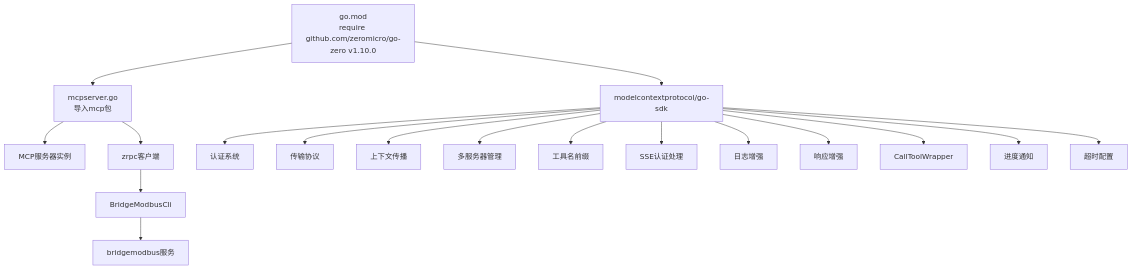
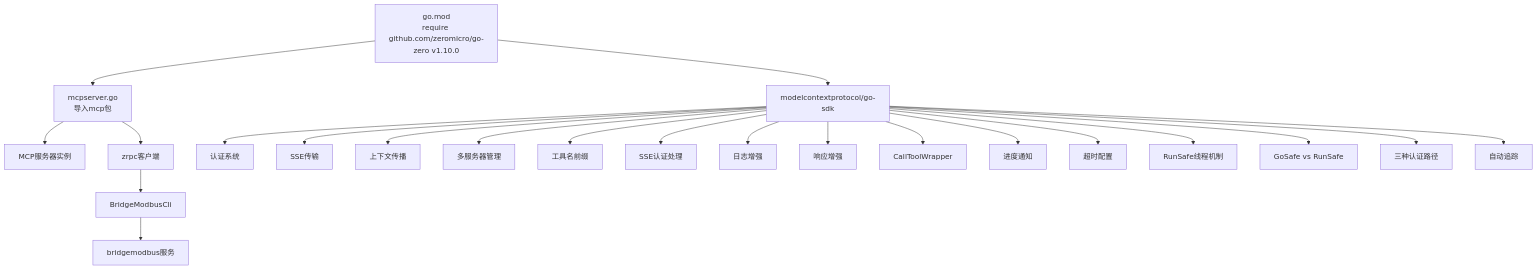
One commit to maomao94/zero-service changed diagram 17 of 17 in .qoder/repowiki/zh/content/AI应用模块/MCP服务器.md. Above: the diagram before and after it, drawn with Mermaid. The commit also changed other lines of this file and 58 other files, not shown here.

````diff
--- a/.qoder/repowiki/zh/content/AI应用模块/MCP服务器.md
+++ b/.qoder/repowiki/zh/content/AI应用模块/MCP服务器.md
@@ -897,20 +884,24 @@
 ```mermaid
 graph TB
 M["go.mod<br/>require github.com/zeromicro/go-zero v1.10.0"] --> P["mcpserver.go<br/>导入mcp包"]
 P --> S["MCP服务器实例"]
 P --> Z["zrpc客户端"]
 Z --> B["BridgeModbusCli"]
 B --> BM["bridgemodbus服务"]
 M --> SDK["modelcontextprotocol/go-sdk"]
 SDK --> AUTH["认证系统"]
-SDK --> STREAM["传输协议"]
+SDK --> SSE["SSE传输"]
 SDK --> CTX["上下文传播"]
 SDK --> MSERVER["多服务器管理"]
 SDK --> PREFIX["工具名前缀"]
 SDK --> SSEAUTH["SSE认证处理"]
 SDK --> LOGENHANCE["日志增强"]
 SDK --> RESPONSE["响应增强"]
 SDK --> WRAPPER["CallToolWrapper"]
 SDK --> PROGRESS["进度通知"]
 SDK --> TIMEOUT["超时配置"]
+SDK --> RUNSAFE["RunSafe线程机制"]
+SDK --> THREADSAFE["GoSafe vs RunSafe"]
+SDK --> THREEPATHS["三种认证路径"]
+SDK --> AUTOTRACE["自动追踪"]
 ```
````
